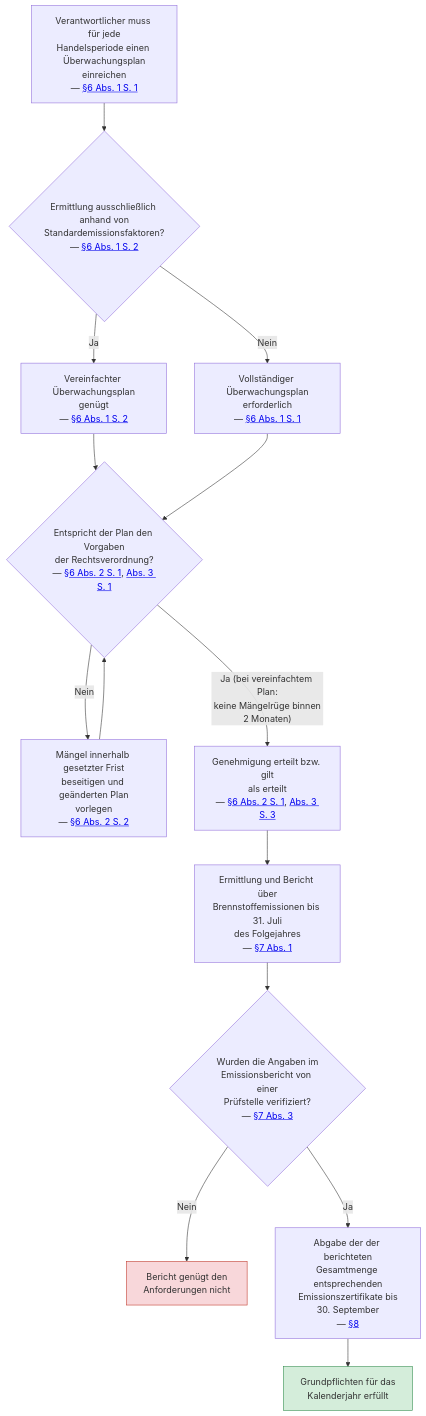
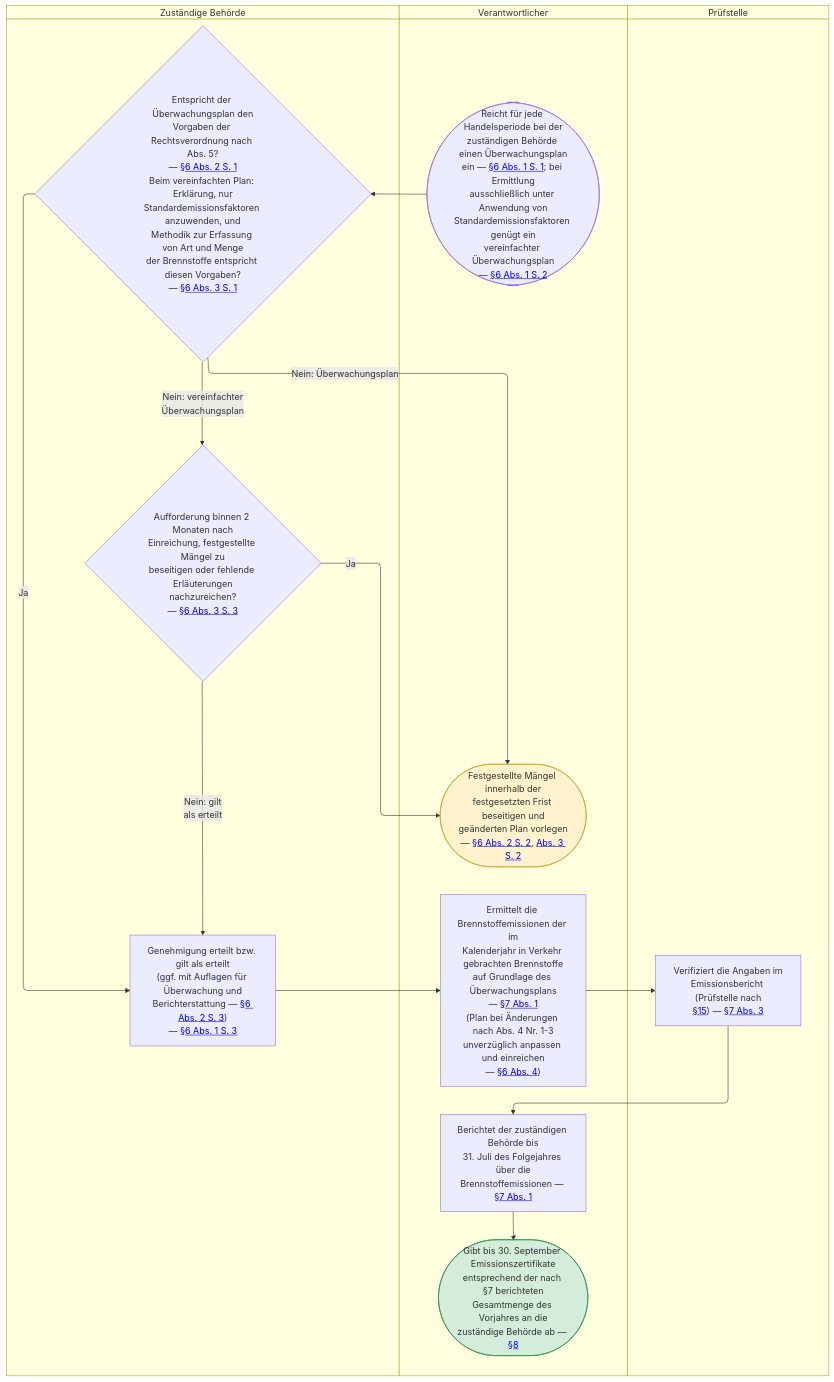
One commit to digitalservicebund/zfl-website changed the diagram in src/content/ki-visualisierungen/BEHG/emissionsberichterstattung.mmd. Above: the diagram before and after it, drawn with Mermaid. The commit also changed 48 other files, not shown here.

```diff
--- a/src/content/ki-visualisierungen/BEHG/emissionsberichterstattung.mmd
+++ b/src/content/ki-visualisierungen/BEHG/emissionsberichterstattung.mmd
@@ -1,20 +1,36 @@
 ---
-summary: "Zeigt den Ablauf der Grundpflichten eines Verantwortlichen im Brennstoffemissionshandel: von der Genehmigung des Überwachungsplans über die jährliche Emissionsberichterstattung und deren Verifizierung bis zur fristgerechten Abgabe der Emissionszertifikate."
+summary: "Zeigt die Grundpflichten eines Verantwortlichen im Brennstoffemissionshandel mit zuständiger Behörde und Prüfstelle: Genehmigung des (vereinfachten) Überwachungsplans, jährliche Ermittlung, Verifizierung und Berichterstattung der Brennstoffemissionen sowie fristgerechte Abgabe der Emissionszertifikate."
 ---
-flowchart TD
-    A["Verantwortlicher muss für jede<br/>Handelsperiode einen Überwachungsplan<br/>einreichen<br/>— <a href='{{ELI}}#art-z6_abs-z1' target='_blank' rel='noopener'>§6 Abs. 1 S. 1</a>"] --> B{"Ermittlung ausschließlich anhand von<br/>Standardemissionsfaktoren?<br/>— <a href='{{ELI}}#art-z6_abs-z1' target='_blank' rel='noopener'>§6 Abs. 1 S. 2</a>"}
-    B -->|Ja| C["Vereinfachter Überwachungsplan<br/>genügt<br/>— <a href='{{ELI}}#art-z6_abs-z1' target='_blank' rel='noopener'>§6 Abs. 1 S. 2</a>"]
-    B -->|Nein| D["Vollständiger Überwachungsplan<br/>erforderlich<br/>— <a href='{{ELI}}#art-z6_abs-z1' target='_blank' rel='noopener'>§6 Abs. 1 S. 1</a>"]
-    C --> E{"Entspricht der Plan den Vorgaben<br/>der Rechtsverordnung?<br/>— <a href='{{ELI}}#art-z6_abs-z2' target='_blank' rel='noopener'>§6 Abs. 2 S. 1</a>, <a href='{{ELI}}#art-z6_abs-z3' target='_blank' rel='noopener'>Abs. 3 S. 1</a>"}
-    D --> E
-    E -->|Nein| F["Mängel innerhalb gesetzter Frist<br/>beseitigen und geänderten Plan<br/>vorlegen<br/>— <a href='{{ELI}}#art-z6_abs-z2' target='_blank' rel='noopener'>§6 Abs. 2 S. 2</a>"]
-    F --> E
-    E -->|"Ja (bei vereinfachtem Plan:<br/>keine Mängelrüge binnen<br/>2 Monaten)"| G["Genehmigung erteilt bzw. gilt<br/>als erteilt<br/>— <a href='{{ELI}}#art-z6_abs-z2' target='_blank' rel='noopener'>§6 Abs. 2 S. 1</a>, <a href='{{ELI}}#art-z6_abs-z3' target='_blank' rel='noopener'>Abs. 3 S. 3</a>"]
-    G --> H["Ermittlung und Bericht über<br/>Brennstoffemissionen bis 31. Juli<br/>des Folgejahres<br/>— <a href='{{ELI}}#art-z7_abs-z1' target='_blank' rel='noopener'>§7 Abs. 1</a>"]
-    H --> I{"Wurden die Angaben im<br/>Emissionsbericht von einer<br/>Prüfstelle verifiziert?<br/>— <a href='{{ELI}}#art-z7_abs-z3' target='_blank' rel='noopener'>§7 Abs. 3</a>"}
-    I -->|Nein| Z1["Bericht genügt den<br/>Anforderungen nicht"]
-    I -->|Ja| J["Abgabe der der berichteten<br/>Gesamtmenge entsprechenden<br/>Emissionszertifikate bis<br/>30. September<br/>— <a href='{{ELI}}/art-z8' target='_blank' rel='noopener'>§8</a>"]
-    J --> Z2["Grundpflichten für das<br/>Kalenderjahr erfüllt"]
+swimlane-beta TD
+    subgraph ZB["Zuständige Behörde"]
+        pruef{"Entspricht der Überwachungsplan den<br/>Vorgaben der Rechtsverordnung nach Abs. 5?<br/>— <a href='{{ELI}}#art-z6_abs-z2' target='_blank' rel='noopener'>§6 Abs. 2 S. 1</a><br/>Beim vereinfachten Plan: Erklärung, nur<br/>Standardemissionsfaktoren anzuwenden, und<br/>Methodik zur Erfassung von Art und Menge<br/>der Brennstoffe entspricht diesen Vorgaben?<br/>— <a href='{{ELI}}#art-z6_abs-z3' target='_blank' rel='noopener'>§6 Abs. 3 S. 1</a>"}
+        aufforderung{"Aufforderung binnen 2 Monaten nach<br/>Einreichung, festgestellte Mängel zu<br/>beseitigen oder fehlende Erläuterungen<br/>nachzureichen?<br/>— <a href='{{ELI}}#art-z6_abs-z3' target='_blank' rel='noopener'>§6 Abs. 3 S. 3</a>"}
+        genehmigung["Genehmigung erteilt bzw. gilt als erteilt<br/>(ggf. mit Auflagen für Überwachung und<br/>Berichterstattung — <a href='{{ELI}}#art-z6_abs-z2' target='_blank' rel='noopener'>§6 Abs. 2 S. 3</a>)<br/>— <a href='{{ELI}}#art-z6_abs-z1' target='_blank' rel='noopener'>§6 Abs. 1 S. 3</a>"]
+    end
 
-    style Z1 fill:#f8d7da,stroke:#c0392b
-    style Z2 fill:#d4edda,stroke:#2d8a4a
+    subgraph VA["Verantwortlicher"]
+        start(["Reicht für jede Handelsperiode bei der<br/>zuständigen Behörde einen Überwachungsplan<br/>ein — <a href='{{ELI}}#art-z6_abs-z1' target='_blank' rel='noopener'>§6 Abs. 1 S. 1</a>; bei Ermittlung<br/>ausschließlich unter Anwendung von<br/>Standardemissionsfaktoren genügt ein<br/>vereinfachter Überwachungsplan<br/>— <a href='{{ELI}}#art-z6_abs-z1' target='_blank' rel='noopener'>§6 Abs. 1 S. 2</a>"])
+        maengel(["Festgestellte Mängel innerhalb der<br/>festgesetzten Frist beseitigen und<br/>geänderten Plan vorlegen<br/>— <a href='{{ELI}}#art-z6_abs-z2' target='_blank' rel='noopener'>§6 Abs. 2 S. 2</a>, <a href='{{ELI}}#art-z6_abs-z3' target='_blank' rel='noopener'>Abs. 3 S. 2</a>"])
+        ermitteln["Ermittelt die Brennstoffemissionen der im<br/>Kalenderjahr in Verkehr gebrachten Brennstoffe<br/>auf Grundlage des Überwachungsplans<br/>— <a href='{{ELI}}#art-z7_abs-z1' target='_blank' rel='noopener'>§7 Abs. 1</a><br/>(Plan bei Änderungen nach Abs. 4 Nr. 1-3<br/>unverzüglich anpassen und einreichen<br/>— <a href='{{ELI}}#art-z6_abs-z4' target='_blank' rel='noopener'>§6 Abs. 4</a>)"]
+        bericht["Berichtet der zuständigen Behörde bis<br/>31. Juli des Folgejahres über die<br/>Brennstoffemissionen — <a href='{{ELI}}#art-z7_abs-z1' target='_blank' rel='noopener'>§7 Abs. 1</a>"]
+        abgabe(["Gibt bis 30. September Emissionszertifikate<br/>entsprechend der nach §7 berichteten<br/>Gesamtmenge des Vorjahres an die<br/>zuständige Behörde ab — <a href='{{ELI}}/art-z8' target='_blank' rel='noopener'>§8</a>"])
+    end
+
+    subgraph PS["Prüfstelle"]
+        verifizierung["Verifiziert die Angaben im<br/>Emissionsbericht (Prüfstelle nach<br/><a href='{{ELI}}/art-z15' target='_blank' rel='noopener'>§15</a>) — <a href='{{ELI}}#art-z7_abs-z3' target='_blank' rel='noopener'>§7 Abs. 3</a>"]
+    end
+
+    start --> pruef
+    pruef -->|"Nein: Überwachungsplan"| maengel
+    pruef -->|"Nein: vereinfachter<br/>Überwachungsplan"| aufforderung
+    aufforderung -->|Ja| maengel
+    aufforderung -->|"Nein: gilt<br/>als erteilt"| genehmigung
+    pruef -->|Ja| genehmigung
+    genehmigung --> ermitteln
+    ermitteln --> verifizierung
+    verifizierung --> bericht
+    bericht --> abgabe
+    maengel ~~~ ermitteln
+
+    style maengel fill:#fff3cd,stroke:#c9a227
+    style abgabe fill:#d4edda,stroke:#2d8a4a
```
